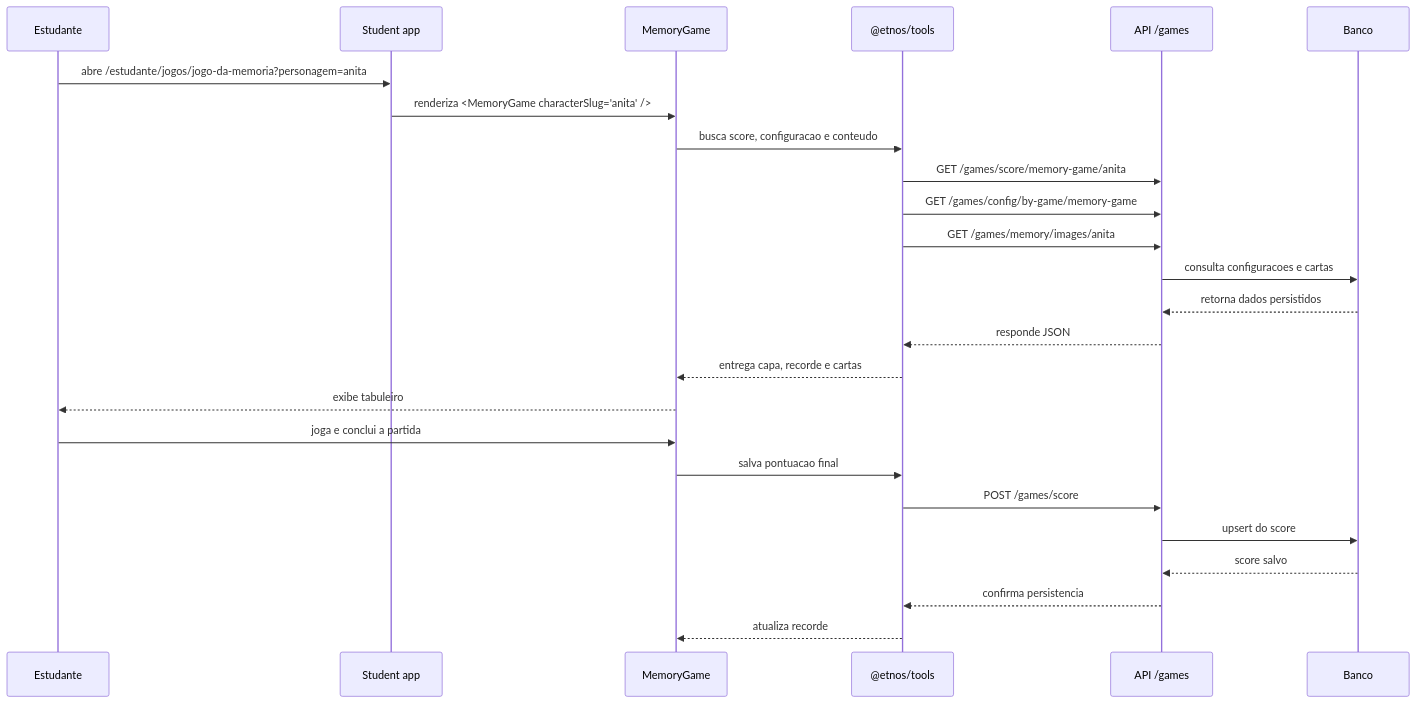
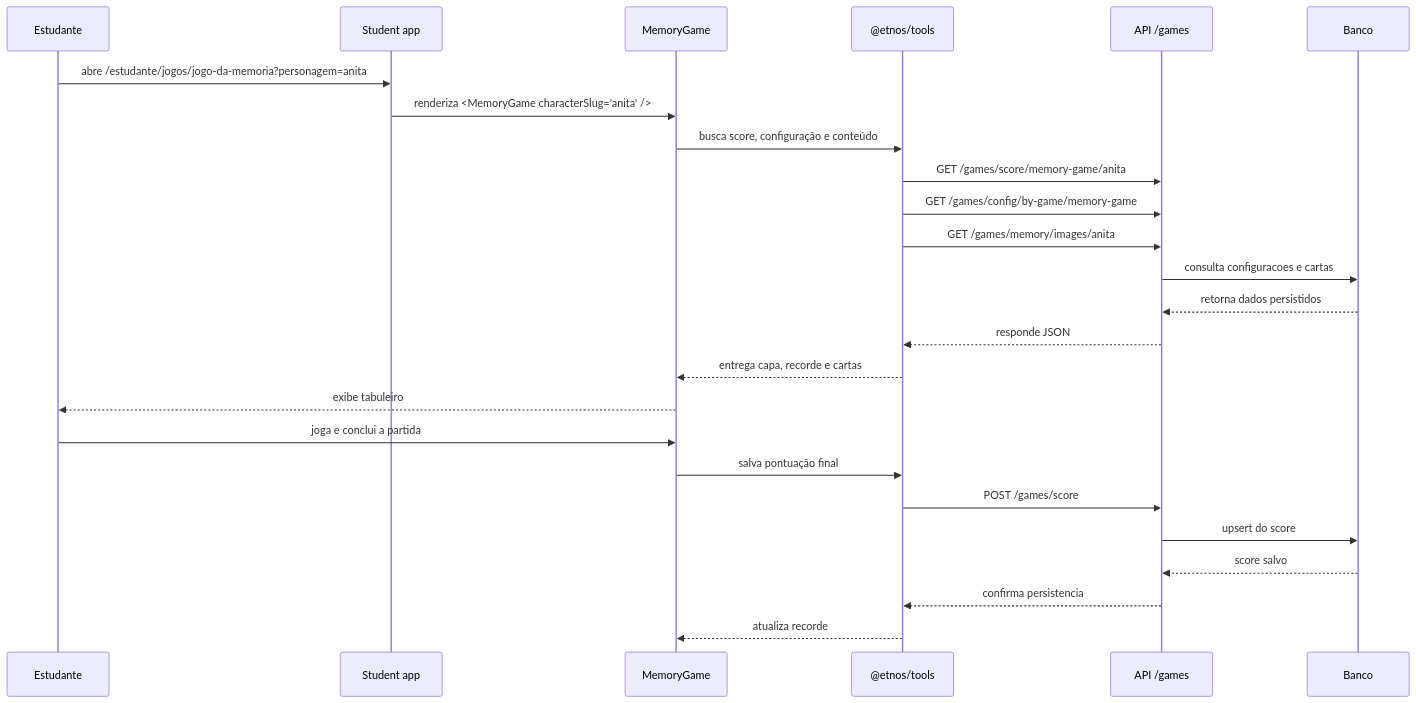
One commit to joaojuniorbr/etnos changed the second of 2 diagrams in docs-site/docs/games-architecture.md. Above: the diagram before and after it, drawn with Mermaid. The commit also changed other lines of this file and 18 other files, not shown here.

````diff
--- a/docs-site/docs/games-architecture.md
+++ b/docs-site/docs/games-architecture.md
@@ -110,28 +110,28 @@
 ```mermaid
 sequenceDiagram
     participant U as Estudante
     participant S as Student app
     participant G as MemoryGame
     participant T as @etnos/tools
     participant A as API /games
     participant DB as Banco
 
     U->>S: abre /estudante/jogos/jogo-da-memoria?personagem=anita
     S->>G: renderiza <MemoryGame characterSlug="anita" />
-    G->>T: busca score, configuracao e conteudo
+    G->>T: busca score, configuração e conteúdo
     T->>A: GET /games/score/memory-game/anita
     T->>A: GET /games/config/by-game/memory-game
     T->>A: GET /games/memory/images/anita
     A->>DB: consulta configuracoes e cartas
     DB-->>A: retorna dados persistidos
     A-->>T: responde JSON
     T-->>G: entrega capa, recorde e cartas
     G-->>U: exibe tabuleiro
     U->>G: joga e conclui a partida
-    G->>T: salva pontuacao final
+    G->>T: salva pontuação final
     T->>A: POST /games/score
     A->>DB: upsert do score
     DB-->>A: score salvo
     A-->>T: confirma persistencia
     T-->>G: atualiza recorde
 ```
````
